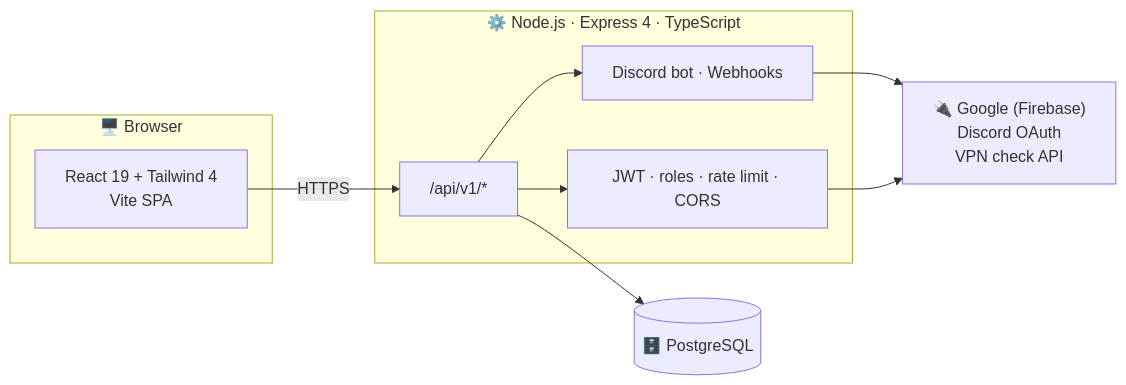
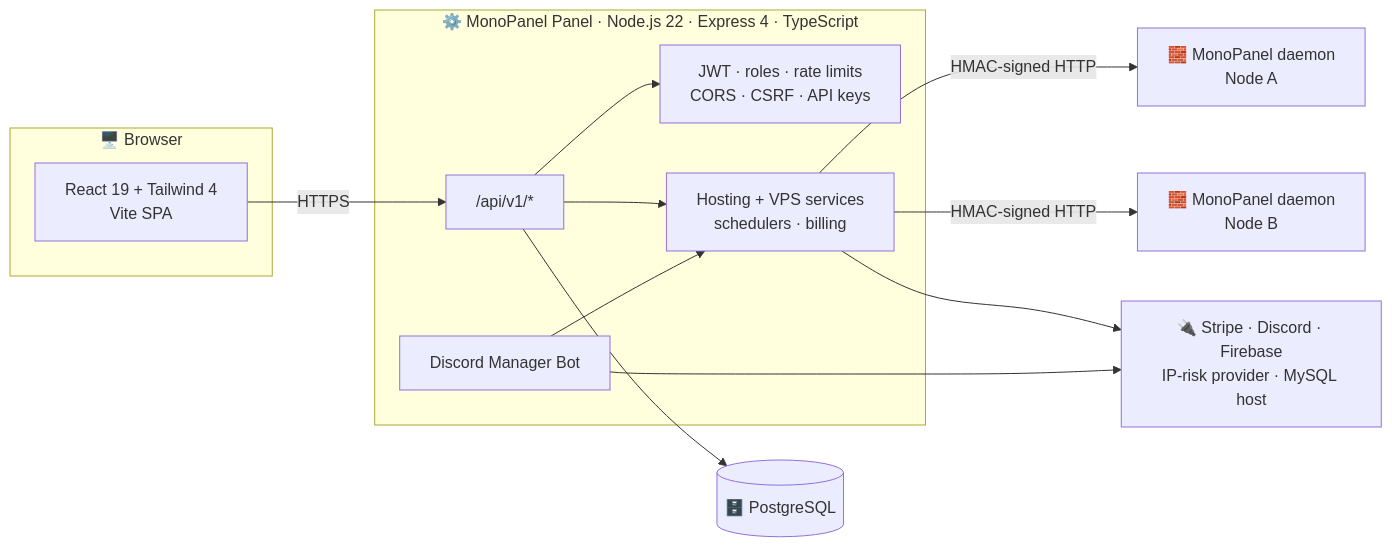
Before and after one commit to MonoPanelOFFICIAL/MonoPanel-Panel: the first of 3 diagrams in README.md, drawn with Mermaid. The commit also changed other lines of this file, not shown here.

````diff
--- a/README.md
+++ b/README.md
@@ -212,22 +352,28 @@
 ```mermaid
 flowchart LR
     subgraph Client["🖥️ Browser"]
         UI["React 19 + Tailwind 4<br/>Vite SPA"]
     end
 
-    subgraph Server["⚙️ Node.js · Express 4 · TypeScript"]
+    subgraph Panel["⚙️ MonoPanel Panel · Node.js 22 · Express 4 · TypeScript"]
         API["/api/v1/*"]
-        AUTH["JWT · roles · rate limit · CORS"]
-        SVC["Discord bot · Webhooks"]
+        SEC["JWT · roles · rate limits<br/>CORS · CSRF · API keys"]
+        HOST["Hosting + VPS services<br/>schedulers · billing"]
+        BOT["Discord Manager Bot"]
     end
 
     DB[("🗄️ PostgreSQL")]
-    EXT["🔌 Google (Firebase)<br/>Discord OAuth<br/>VPN check API"]
+    D1["🧱 MonoPanel daemon<br/>Node A"]
+    D2["🧱 MonoPanel daemon<br/>Node B"]
+    EXT["🔌 Stripe · Discord · Firebase<br/>IP-risk provider · MySQL host"]
 
     UI -->|HTTPS| API
-    API --> AUTH
+    API --> SEC
+    API --> HOST
     API --> DB
-    API --> SVC
-    SVC --> EXT
-    AUTH --> EXT
+    HOST -->|"HMAC-signed HTTP"| D1
+    HOST -->|"HMAC-signed HTTP"| D2
+    HOST --> EXT
+    BOT --> HOST
+    BOT --> EXT
 ```
````
